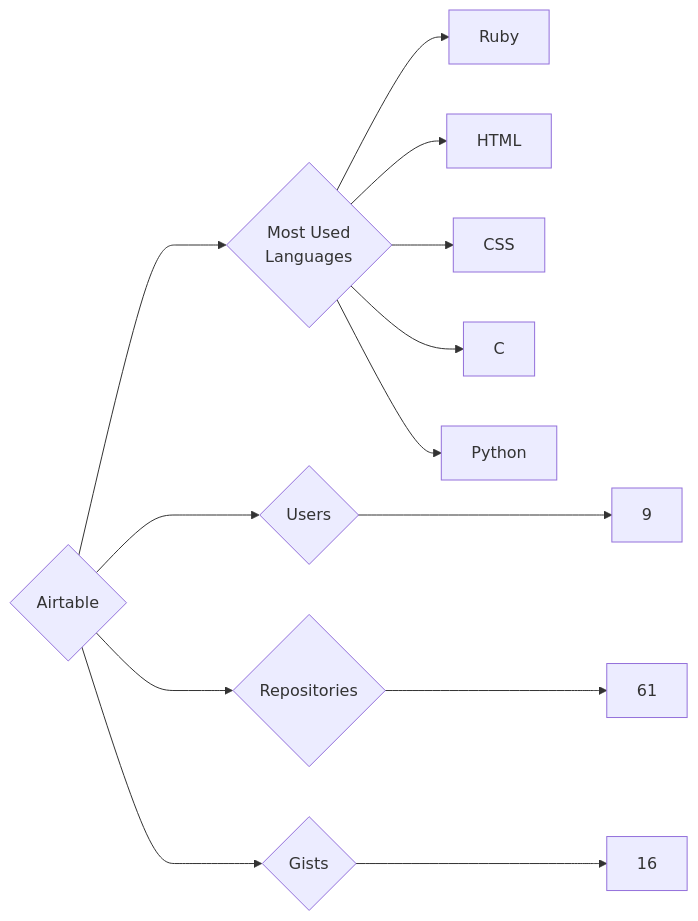
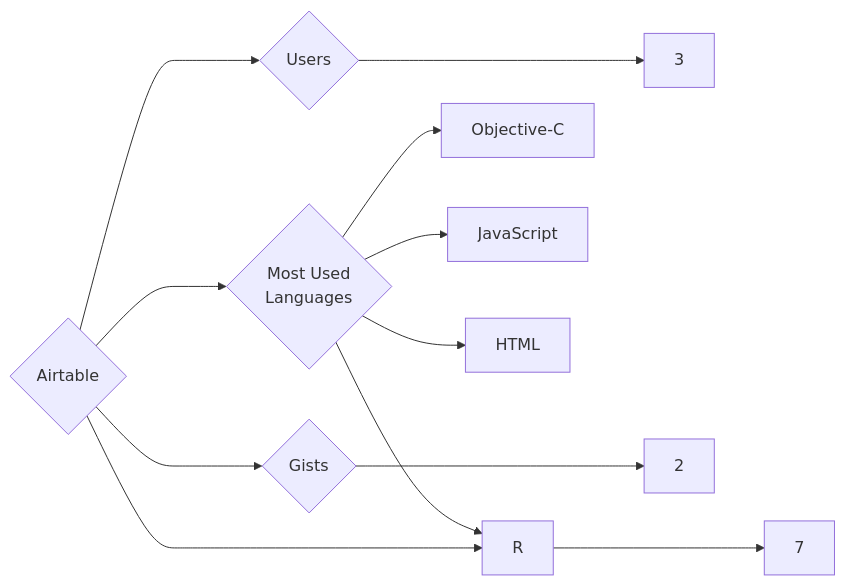
Before and after one commit to trickest/insiders: the diagram in targets/Airtable/README.md, drawn with Mermaid. The commit also changed 1084 other files, not shown here.

````diff
--- a/targets/Airtable/README.md
+++ b/targets/Airtable/README.md
@@ -3,13 +3,12 @@
 ```mermaid
 graph LR
 COMPANY_NAME{Airtable}
-COMPANY_NAME ---> U{Users} ---> UN[9]
-COMPANY_NAME ---> R{Repositories} ---> RN[61]
-COMPANY_NAME ---> G{Gists} ---> GN[16]
+COMPANY_NAME ---> U{Users} ---> UN[3]
+COMPANY_NAME ---> R{Repositories} ---> RN[7]
+COMPANY_NAME ---> G{Gists} ---> GN[2]
 COMPANY_NAME ---> ML{Most Used<br>Languages}
-ML --> Ruby[Ruby]
+ML --> Objective-C[Objective-C]
+ML --> R[R]
+ML --> JavaScript[JavaScript]
 ML --> HTML[HTML]
-ML --> CSS[CSS]
-ML --> C[C]
-ML --> Python[Python]
 ```
````
